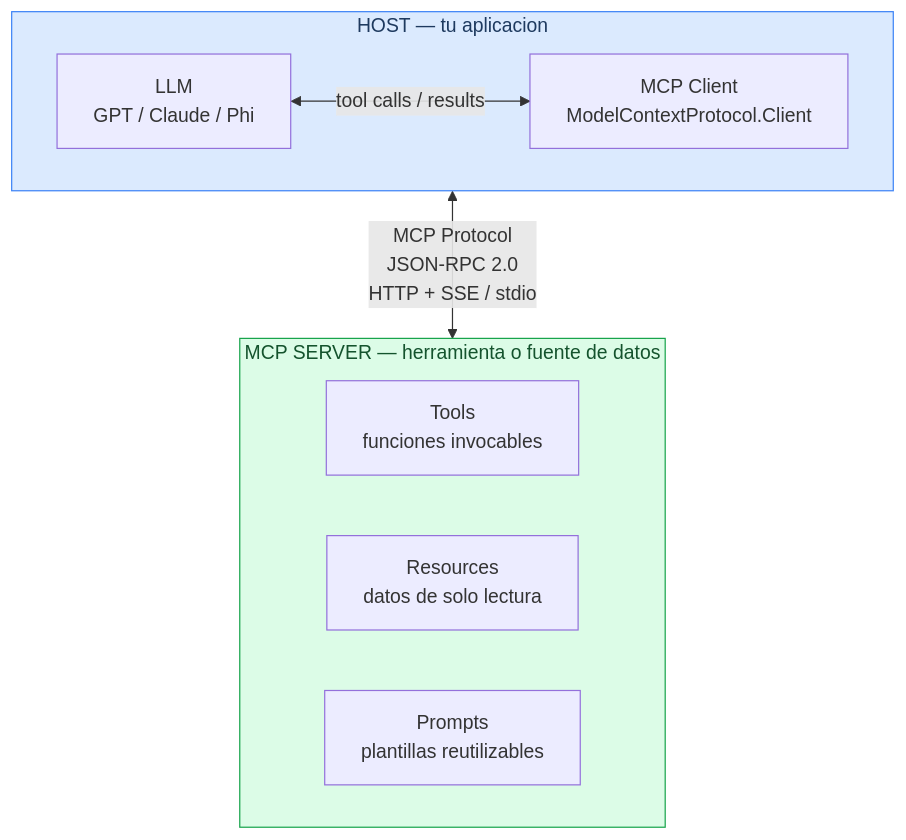
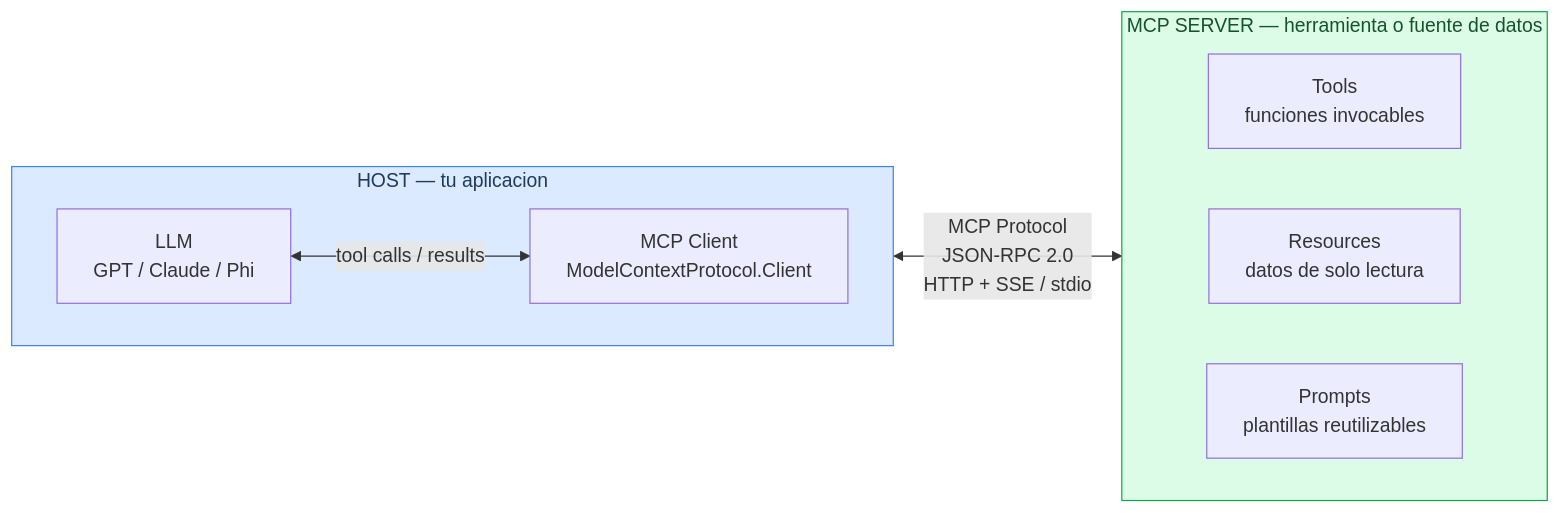
One commit to PalonsoGRM/formacion-grm-mcp changed the first of 3 diagrams in mcp-fundamentals/README.md. Above: the diagram before and after it, drawn with Mermaid.

````diff
--- a/mcp-fundamentals/README.md
+++ b/mcp-fundamentals/README.md
@@ -15,21 +15,21 @@
 ```mermaid
-graph TD
+graph LR
     subgraph HOST["HOST — tu aplicacion"]
         direction LR
         LLM["LLM\nGPT / Claude / Phi"]
         CLIENT["MCP Client\nModelContextProtocol.Client"]
         LLM <-->|"tool calls / results"| CLIENT
     end
 
     CLIENT <-->|"MCP Protocol\nJSON-RPC 2.0\nHTTP + SSE / stdio"| SERVER
 
     subgraph SERVER["MCP SERVER — herramienta o fuente de datos"]
         direction LR
         TOOLS["Tools\nfunciones invocables"]
         RESOURCES["Resources\ndatos de solo lectura"]
         PROMPTS["Prompts\nplantillas reutilizables"]
     end
 
     style HOST fill:#dbeafe,stroke:#3b82f6,color:#1e3a5f
     style SERVER fill:#dcfce7,stroke:#16a34a,color:#14532d
 ```
````
